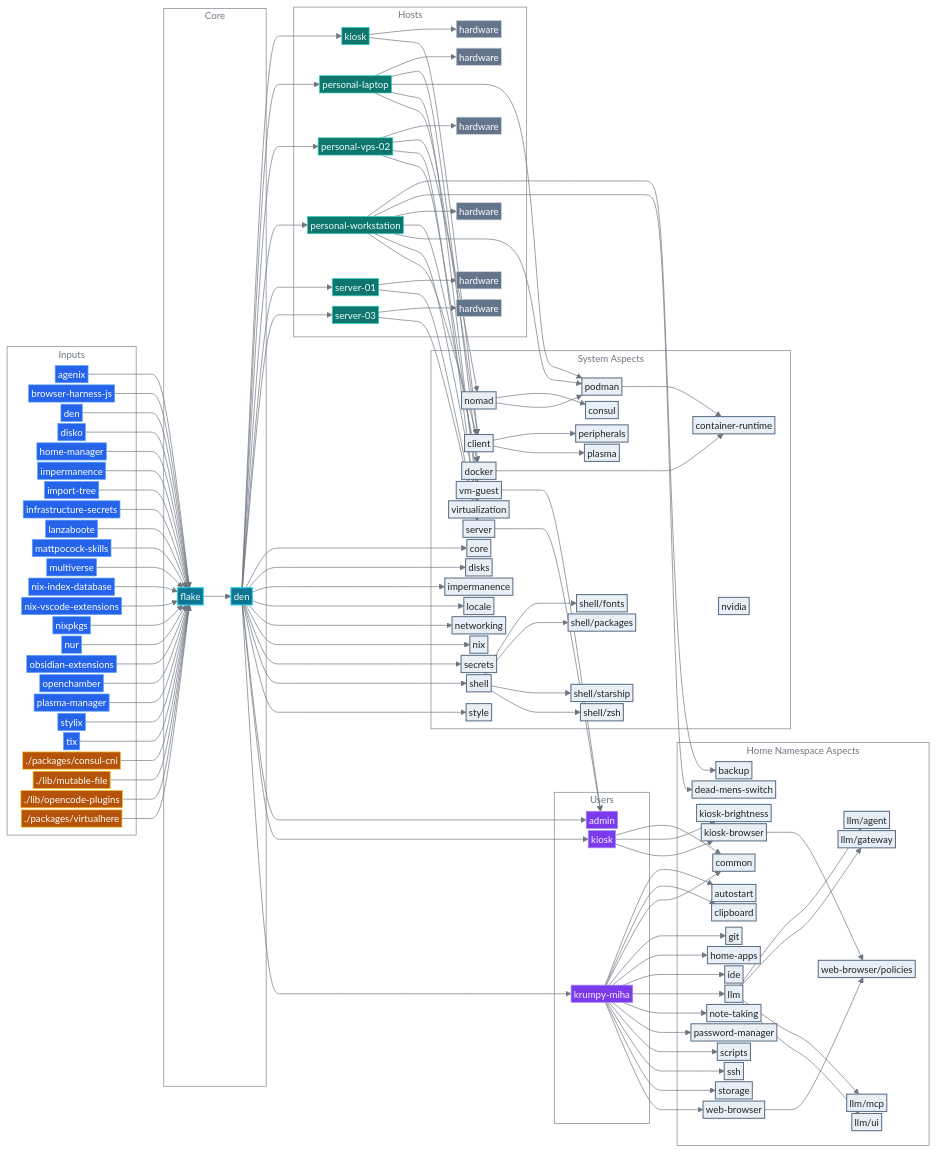
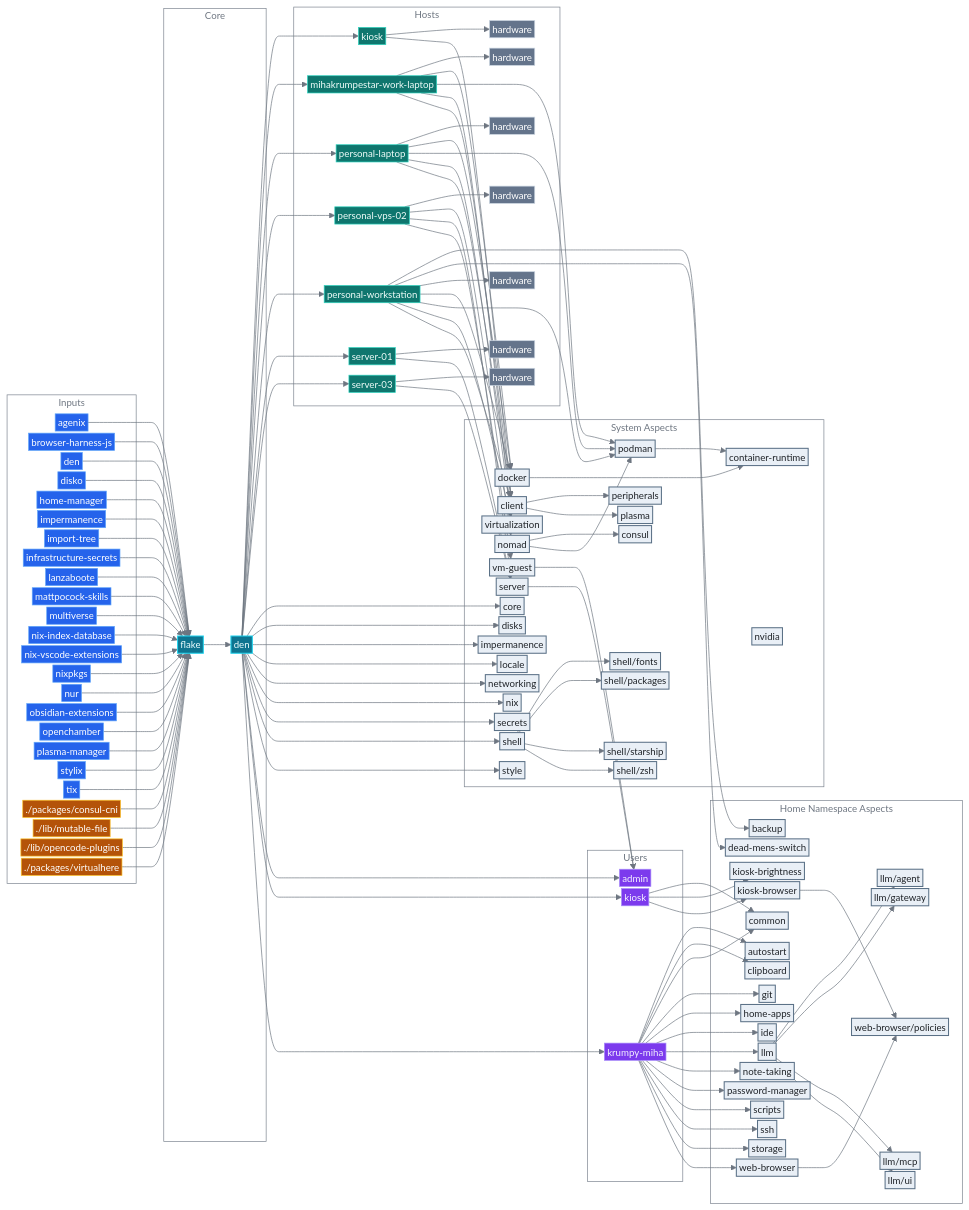
The diagram in README.md (mihakrumpestar/infrastructure), drawn with Mermaid before and after one commit. The commit also changed other lines of this file and 4 other files, not shown here.

```diff
--- a/README.md
+++ b/README.md
@@ -219,6 +219,8 @@
     subgraph Hosts[Hosts]
         host_kiosk["kiosk"]:::hosts
         host_kiosk_hardware["hardware"]:::config
+        host_mihakrumpestar_work_laptop["mihakrumpestar-work-laptop"]:::hosts
+        host_mihakrumpestar_work_laptop_hardware["hardware"]:::config
         host_personal_laptop["personal-laptop"]:::hosts
         host_personal_laptop_hardware["hardware"]:::config
         host_personal_vps_02["personal-vps-02"]:::hosts
@@ -239,6 +241,7 @@
 
 
     den --> host_kiosk
+    den --> host_mihakrumpestar_work_laptop
     den --> host_personal_laptop
     den --> host_personal_vps_02
     den --> host_personal_workstation
@@ -265,6 +268,11 @@
     home_web_browser --> home_web_browser_policies
     host_kiosk --> host_kiosk_hardware
     host_kiosk --> type_client
+    host_mihakrumpestar_work_laptop --> host_mihakrumpestar_work_laptop_hardware
+    host_mihakrumpestar_work_laptop --> opt_docker
+    host_mihakrumpestar_work_laptop --> opt_podman
+    host_mihakrumpestar_work_laptop --> opt_virtualization
+    host_mihakrumpestar_work_laptop --> type_client
     host_personal_laptop --> host_personal_laptop_hardware
     host_personal_laptop --> opt_docker
     host_personal_laptop --> opt_podman
```
